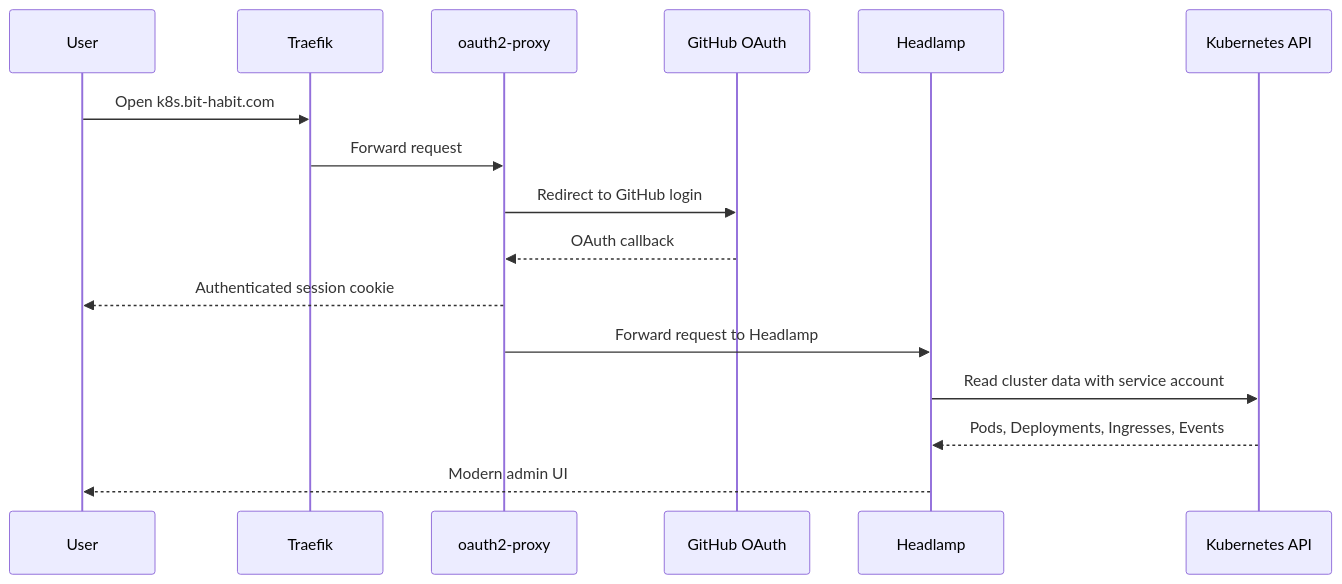
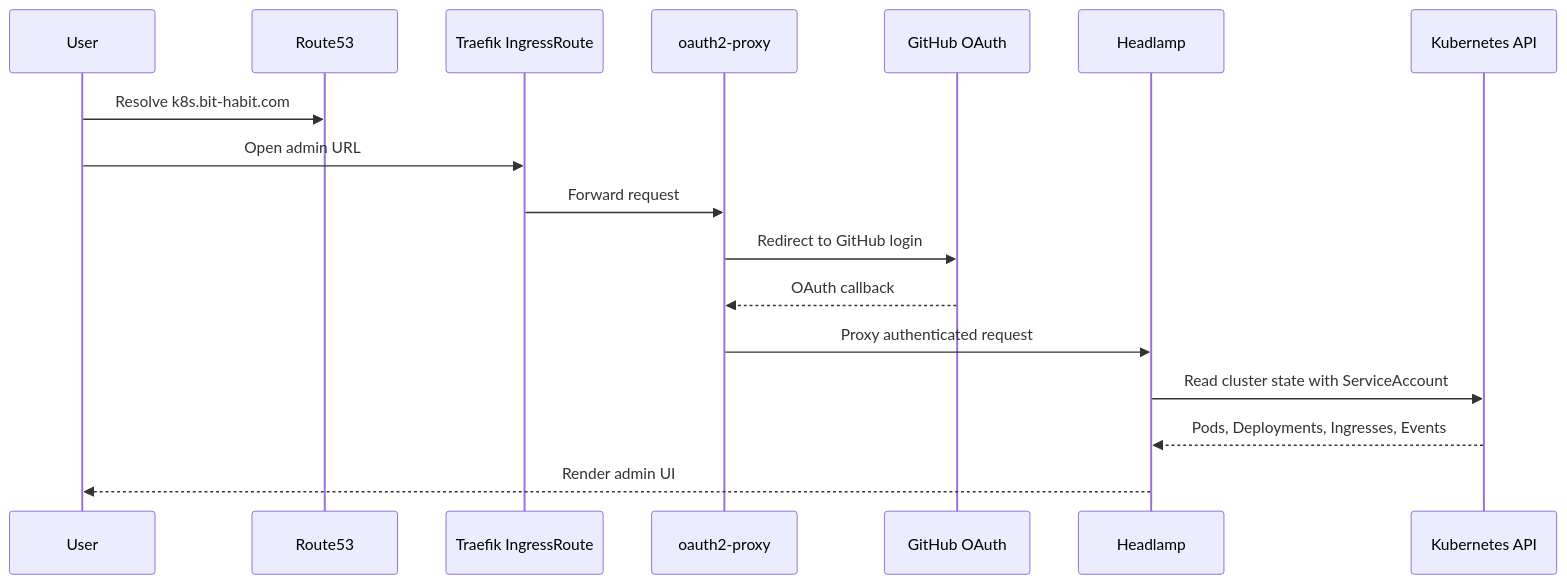
One commit to bookseal/bit-habit-infra changed the sixth of 6 diagrams in README.md. Above: the diagram before and after it, drawn with Mermaid. The commit also changed other lines of this file, not shown here.

Commit message:
Rewrite README for beginner-friendly infra flow

````diff
--- a/README.md
+++ b/README.md
@@ -126,19 +311,20 @@
 ```mermaid
 sequenceDiagram
     participant U as User
-    participant T as Traefik
+    participant R as Route53
+    participant T as Traefik IngressRoute
     participant O as oauth2-proxy
     participant G as GitHub OAuth
     participant H as Headlamp
     participant K as Kubernetes API
 
-    U->>T: Open k8s.bit-habit.com
+    U->>R: Resolve k8s.bit-habit.com
+    U->>T: Open admin URL
     T->>O: Forward request
     O->>G: Redirect to GitHub login
     G-->>O: OAuth callback
-    O-->>U: Authenticated session cookie
-    O->>H: Forward request to Headlamp
-    H->>K: Read cluster data with service account
+    O->>H: Proxy authenticated request
+    H->>K: Read cluster state with ServiceAccount
     K-->>H: Pods, Deployments, Ingresses, Events
-    H-->>U: Modern admin UI
+    H-->>U: Render admin UI
 ```
````
